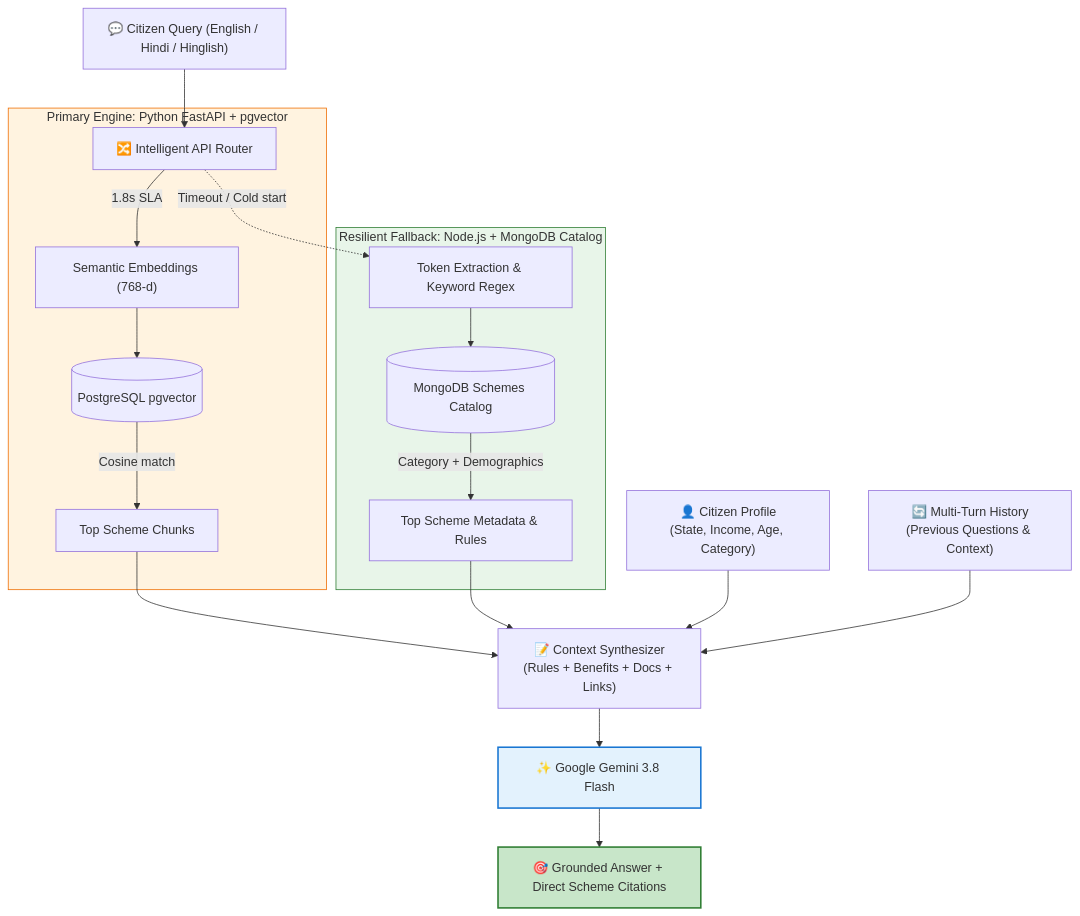
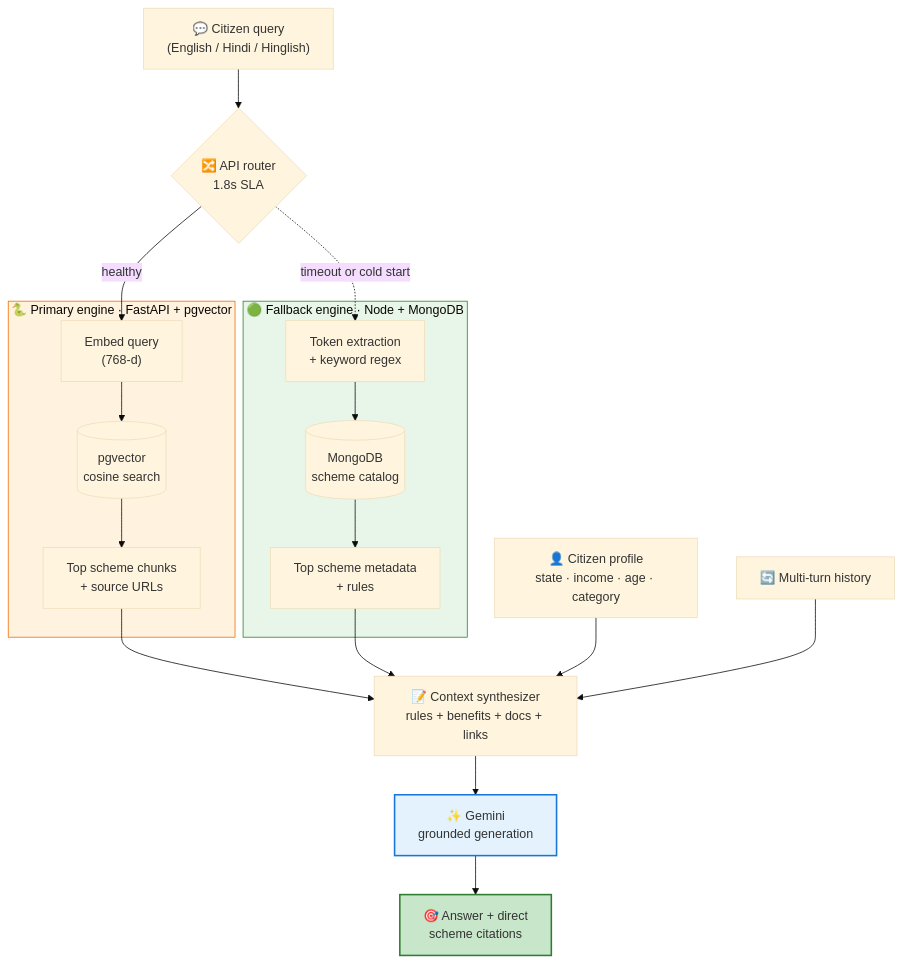
The seventh of 20 diagrams in README.md (Akshatsrii/Adhikar), drawn with Mermaid before and after one commit. The commit also changed other lines of this file, not shown here.

````diff
--- a/README.md
+++ b/README.md
@@ -366,28 +545,31 @@
 ```mermaid
+%%{init: {'theme':'base','themeVariables':{'fontFamily':'Segoe UI, Arial'}}}%%
 flowchart TD
-    Q["💬 Citizen Query (English / Hindi / Hinglish)"] --> R["🔀 Intelligent API Router"]
-    
-    subgraph ENGINE1["Primary Engine: Python FastAPI + pgvector"]
-        R -->|"1.8s SLA"| S1["Semantic Embeddings (768-d)"]
-        S1 --> V1[("PostgreSQL pgvector")]
-        V1 -->|"Cosine match"| C1["Top Scheme Chunks"]
+    Q["💬 Citizen query<br/>(English / Hindi / Hinglish)"] --> R{"🔀 API router<br/>1.8s SLA"}
+
+    subgraph E1["🐍 Primary engine · FastAPI + pgvector"]
+        S1["Embed query<br/>(768-d)"] --> V1[("pgvector<br/>cosine search")]
+        V1 --> C1["Top scheme chunks<br/>+ source URLs"]
     end
-    
-    subgraph ENGINE2["Resilient Fallback: Node.js + MongoDB Catalog"]
-        R -.->|"Timeout / Cold start"| S2["Token Extraction & Keyword Regex"]
-        S2 --> M1[("MongoDB Schemes Catalog")]
-        M1 -->|"Category + Demographics"| C2["Top Scheme Metadata & Rules"]
+
+    subgraph E2["🟢 Fallback engine · Node + MongoDB"]
+        S2["Token extraction<br/>+ keyword regex"] --> M1[("MongoDB<br/>scheme catalog")]
+        M1 --> C2["Top scheme metadata<br/>+ rules"]
     end
-    
-    C1 & C2 --> CTX["📝 Context Synthesizer<br/>(Rules + Benefits + Docs + Links)"]
-    PROFILE["👤 Citizen Profile<br/>(State, Income, Age, Category)"] --> CTX
-    HISTORY["🔄 Multi-Turn History<br/>(Previous Questions & Context)"] --> CTX
-    
-    CTX --> GEM["✨ Google Gemini 3.8 Flash"]
-    GEM --> OUT["🎯 Grounded Answer + Direct Scheme Citations"]
 
-    style ENGINE1 fill:#fff3e0,stroke:#ef6c00
-    style ENGINE2 fill:#e8f5e9,stroke:#2e7d32
+    R -->|"healthy"| S1
+    R -.->|"timeout or cold start"| S2
+
+    C1 --> CTX
+    C2 --> CTX
+    PROFILE["👤 Citizen profile<br/>state · income · age · category"] --> CTX
+    HISTORY["🔄 Multi-turn history"] --> CTX
+
+    CTX["📝 Context synthesizer<br/>rules + benefits + docs + links"] --> GEM["✨ Gemini<br/>grounded generation"]
+    GEM --> OUT["🎯 Answer + direct<br/>scheme citations"]
+
+    style E1 fill:#fff3e0,stroke:#ef6c00
+    style E2 fill:#e8f5e9,stroke:#2e7d32
     style GEM fill:#e3f2fd,stroke:#1976d2,stroke-width:2px
     style OUT fill:#c8e6c9,stroke:#2e7d32,stroke-width:2px
 ```
````
